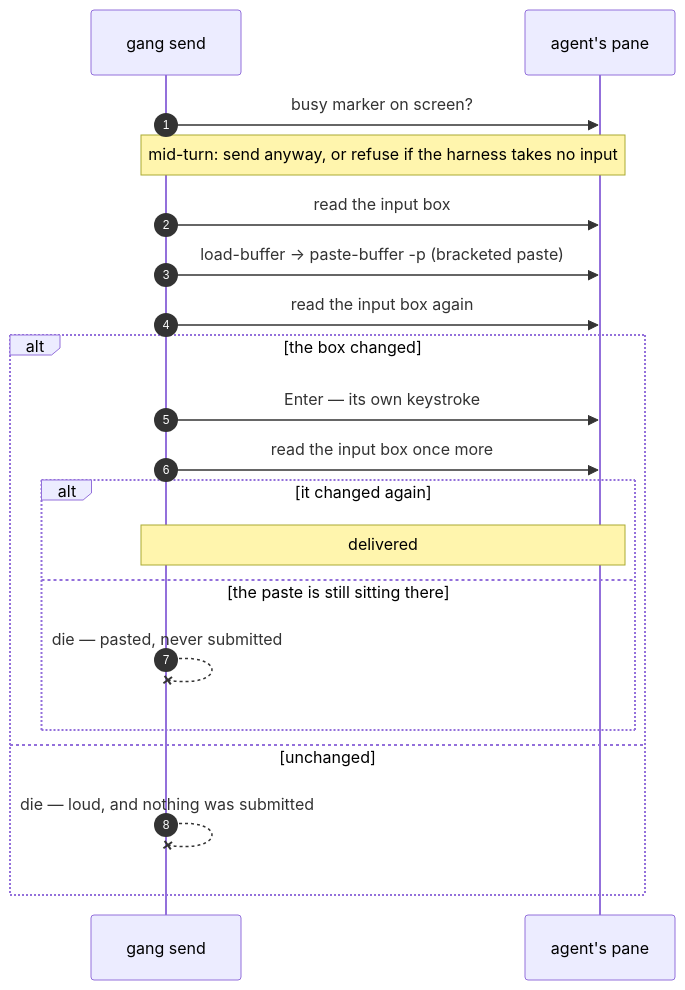
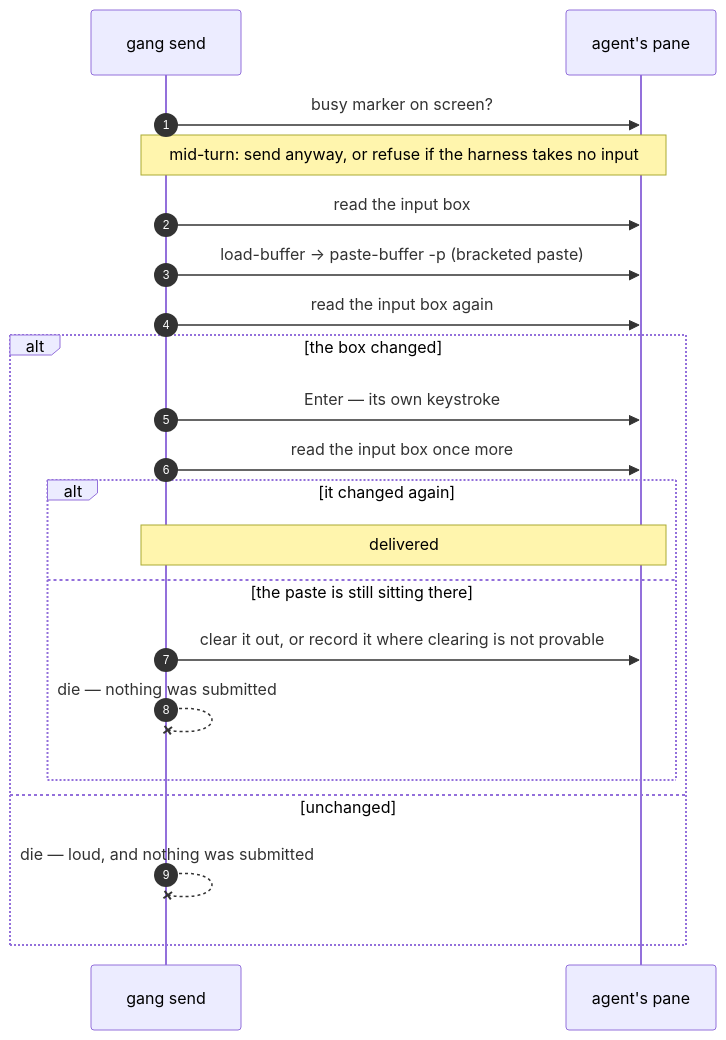
Before and after one commit to adambiggs/gangline: the second of 3 diagrams in README.md, drawn with Mermaid. The commit also changed other lines of this file and 1 other file, not shown here.

````diff
--- a/README.md
+++ b/README.md
@@ -147,22 +147,23 @@
 ```mermaid
 sequenceDiagram
     autonumber
     participant G as gang send
     participant P as agent's pane
     G->>P: busy marker on screen?
     Note over G,P: mid-turn: send anyway, or refuse if the harness takes no input
     G->>P: read the input box
     G->>P: load-buffer → paste-buffer -p (bracketed paste)
     G->>P: read the input box again
     alt the box changed
         G->>P: Enter — its own keystroke
         G->>P: read the input box once more
         alt it changed again
             Note over G,P: delivered
         else the paste is still sitting there
-            G--xG: die — pasted, never submitted
+            G->>P: clear it out, or record it where clearing is not provable
+            G--xG: die — nothing was submitted
         end
     else unchanged
         G--xG: die — loud, and nothing was submitted
     end
 ```
````
